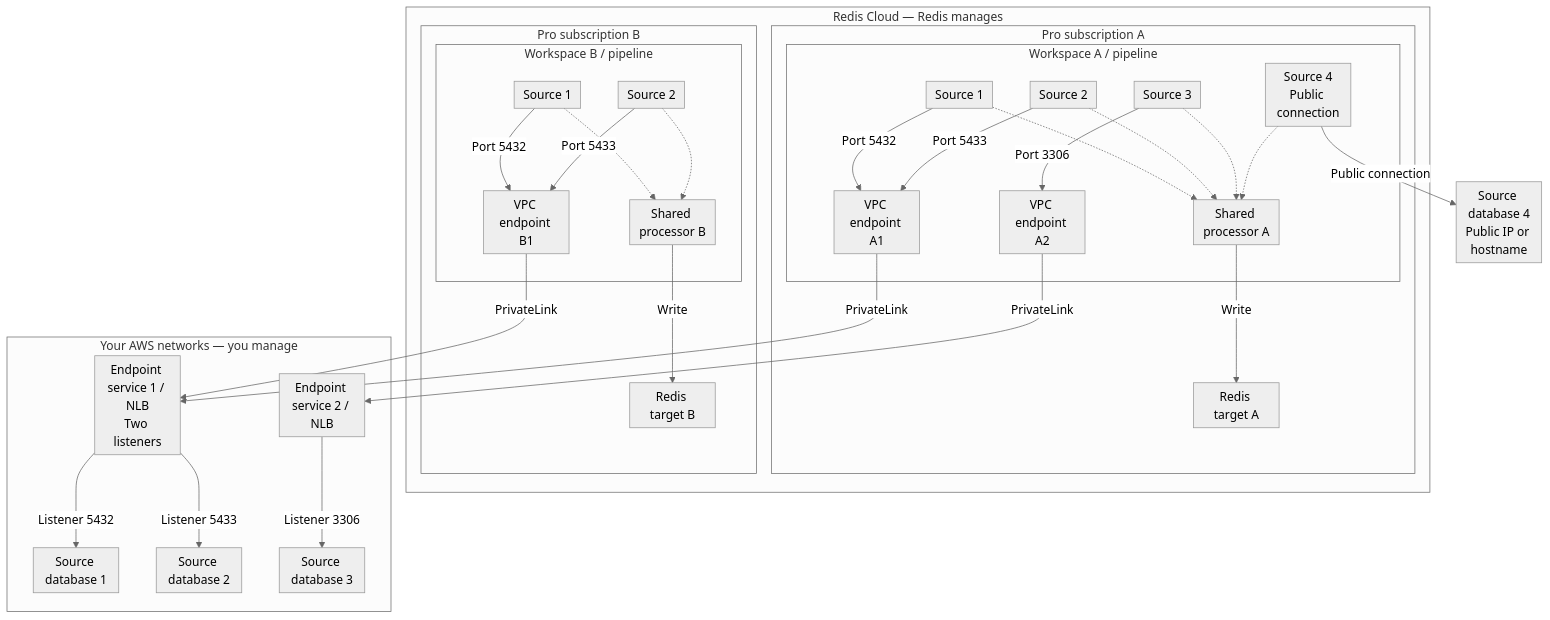
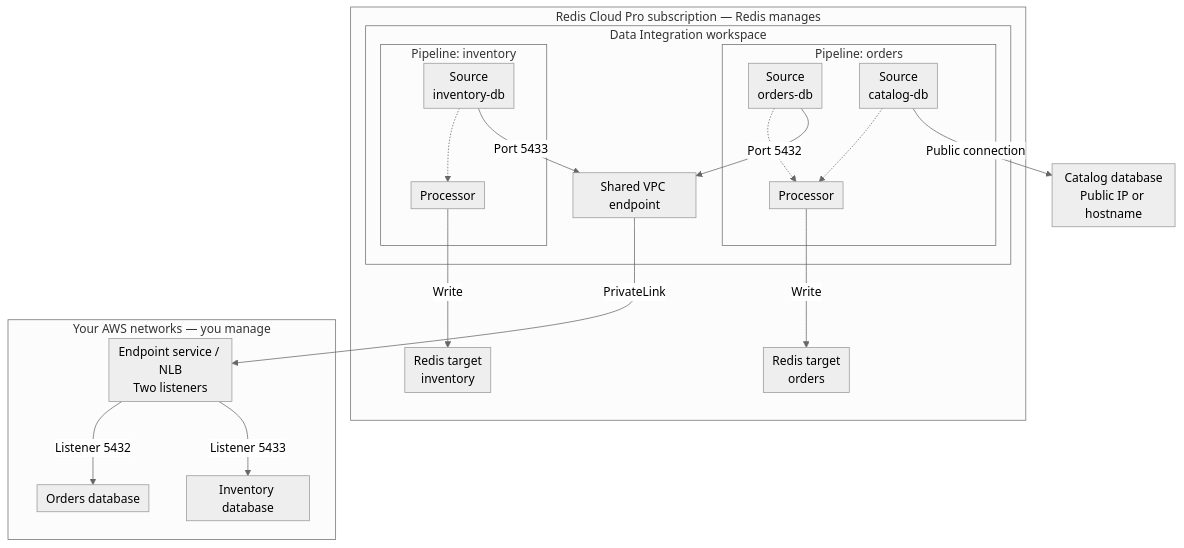
The first of 2 diagrams in content/operate/rc/rdi/networking/_index.md (redis/docs), drawn with Mermaid (neutral theme) before and after one commit. The commit also changed other lines of this file and 6 other files, not shown here.

Commit message:
RDSC-5780: Update networking diagrams and pipeline dialog screenshot

````diff
--- a/content/operate/rc/rdi/networking/_index.md
+++ b/content/operate/rc/rdi/networking/_index.md
@@ -26,64 +28,46 @@
 ```mermaid {width="100%"}
 ---
 config:
   elk:
     nodePlacementStrategy: NETWORK_SIMPLEX
   flowchart:
     minNodeWidth: 60
-    wrappingWidth: 90
+    wrappingWidth: 140
     padding: 6
     diagramPadding: 4
 ---
 graph TB
-    subgraph redis["Redis Cloud — Redis manages"]
-        subgraph subA["Pro subscription A"]
-            subgraph workspaceA["Workspace A / pipeline"]
-                sourceA1["Source 1"]
-                sourceA2["Source 2"]
-                sourceA3["Source 3"]
-                sourceA4["Source 4<br/>Public connection"]
-                processorA["Shared processor A"]
-                endpointA["VPC endpoint A1"]
-                endpointA2["VPC endpoint A2"]
-                sourceA1 -->|Port 5432| endpointA
-                sourceA2 -->|Port 5433| endpointA
-                sourceA3 -->|Port 3306| endpointA2
+    subgraph subscription["Redis Cloud Pro subscription — Redis manages"]
+        subgraph workspace["Data Integration workspace"]
+            subgraph orders["Pipeline: orders"]
+                sourceA1["Source<br/>orders-db"]
+                sourceA2["Source<br/>catalog-db"]
+                processorA["Processor"]
                 sourceA1 -.-> processorA
                 sourceA2 -.-> processorA
-                sourceA3 -.-> processorA
-                sourceA4 -.-> processorA
             end
-            targetA["Redis target A"]
-            processorA -->|Write| targetA
+            subgraph inventory["Pipeline: inventory"]
+                sourceB1["Source<br/>inventory-db"]
+                processorB["Processor"]
+                sourceB1 -.-> processorB
+            end
+            endpoint["Shared VPC endpoint"]
+            sourceA1 -->|Port 5432| endpoint
+            sourceB1 -->|Port 5433| endpoint
         end
-        subgraph subB["Pro subscription B"]
-            subgraph workspaceB["Workspace B / pipeline"]
-                sourceB1["Source 1"]
-                sourceB2["Source 2"]
-                processorB["Shared processor B"]
-                endpointB["VPC endpoint B1"]
-                sourceB1 -->|Port 5432| endpointB
-                sourceB2 -->|Port 5433| endpointB
-                sourceB1 -.-> processorB
-                sourceB2 -.-> processorB
-            end
-            targetB["Redis target B"]
-            processorB -->|Write| targetB
-        end
+        targetA["Redis target<br/>orders"]
+        targetB["Redis target<br/>inventory"]
+        processorA -->|Write| targetA
+        processorB -->|Write| targetB
     end
     subgraph customer["Your AWS networks — you manage"]
-        shared["Endpoint service 1 / NLB<br/>Two listeners"]
-        separate["Endpoint service 2 / NLB"]
-        db1["Source database 1"]
-        db2["Source database 2"]
-        db3["Source database 3"]
+        shared["Endpoint service / NLB<br/>Two listeners"]
+        db1["Orders database"]
+        db2["Inventory database"]
         shared -->|Listener 5432| db1
         shared -->|Listener 5433| db2
-        separate -->|Listener 3306| db3
     end
-    publicDb["Source database 4<br/>Public IP or hostname"]
-    endpointA -->|PrivateLink| shared
-    endpointB -->|PrivateLink| shared
-    endpointA2 -->|PrivateLink| separate
-    sourceA4 -->|Public connection| publicDb
+    publicDb["Catalog database<br/>Public IP or hostname"]
+    endpoint -->|PrivateLink| shared
+    sourceA2 -->|Public connection| publicDb
 ```
````
